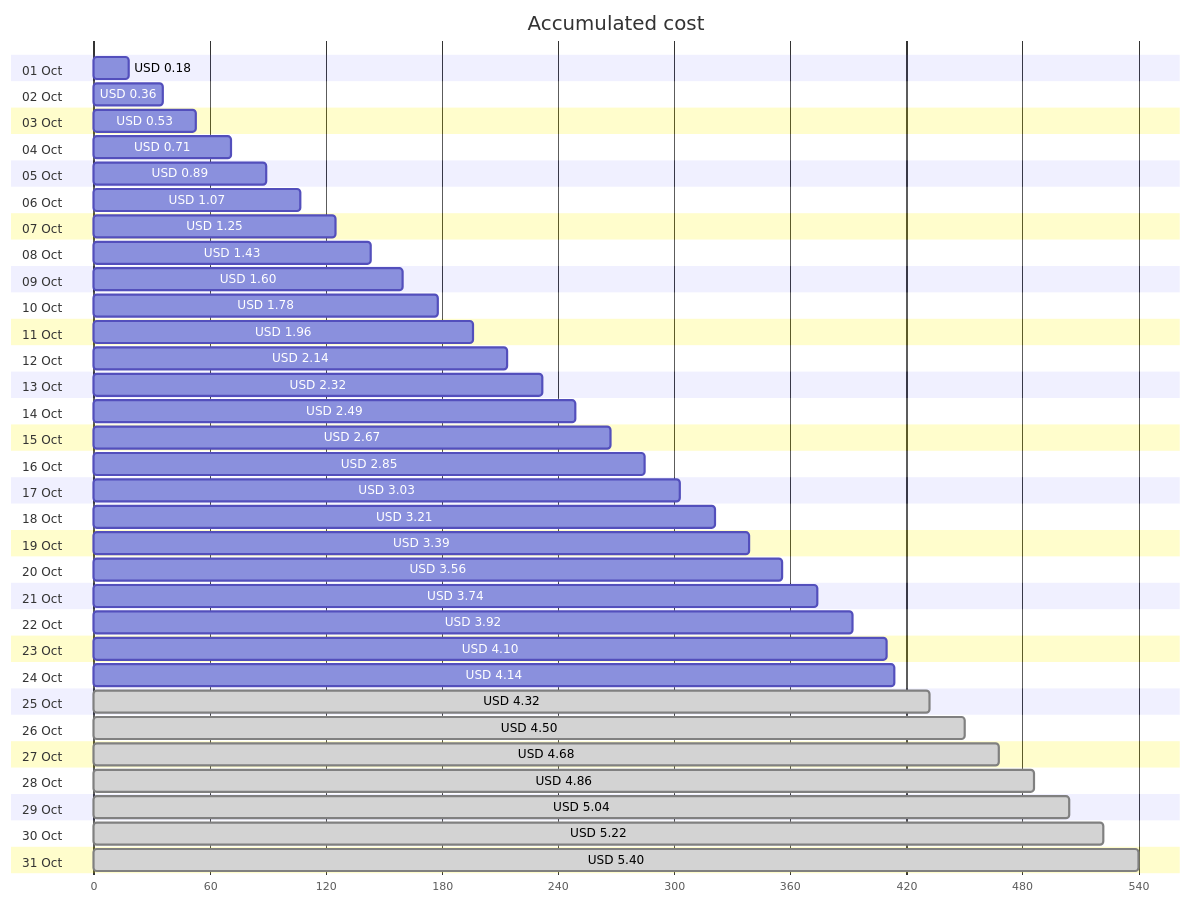
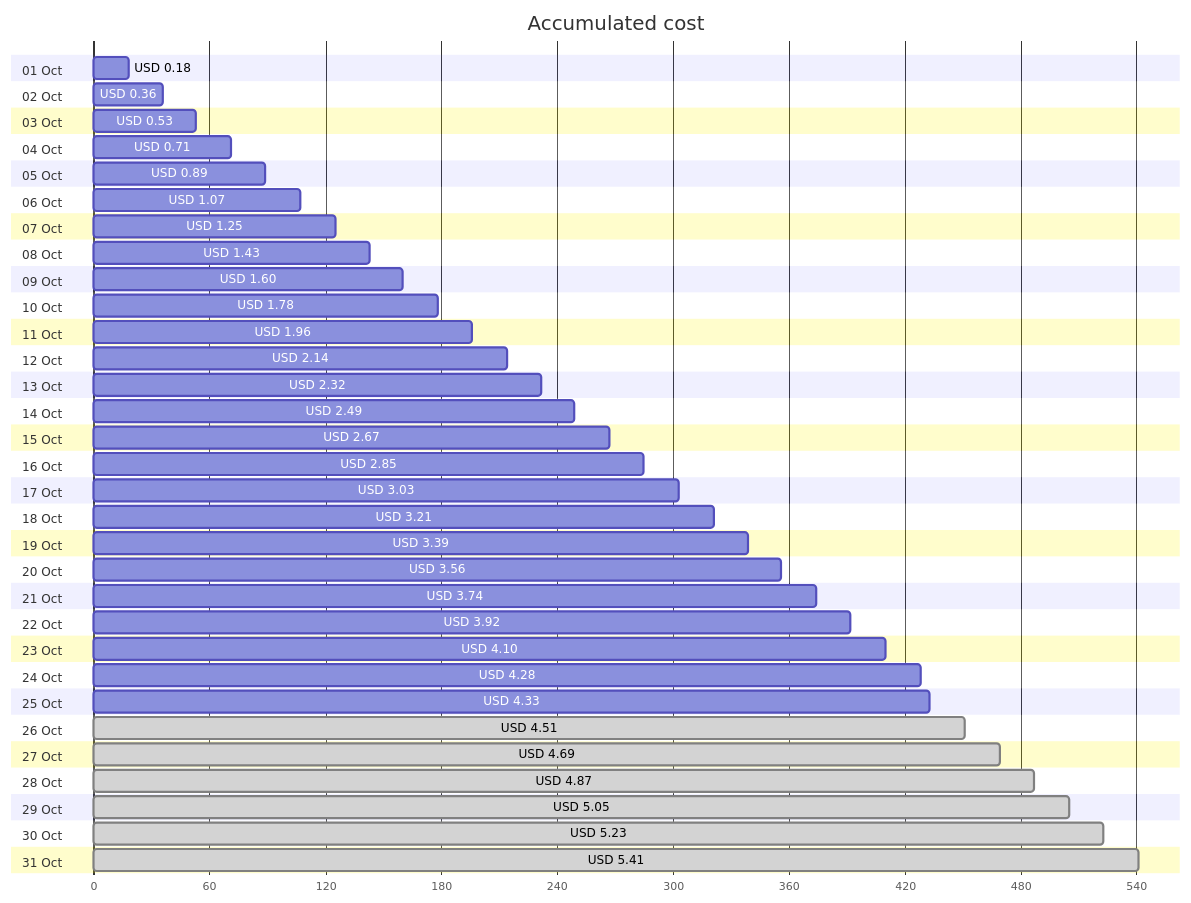
The first of 4 diagrams in cost-reports/personal-network/backup-server.md (jpfulton/azure-personal-reports), drawn with Mermaid before and after one commit. The commit also changed other lines of this file and 7 other files, not shown here.

````diff
--- a/cost-reports/personal-network/backup-server.md
+++ b/cost-reports/personal-network/backup-server.md
@@ -20,68 +20,68 @@
 ```mermaid
 gantt
    title Accumulated cost
    dateFormat  X
    axisFormat %s
    section 01 Oct
    USD 0.18 :0, 18
    section 02 Oct
    USD 0.36 :0, 36
    section 03 Oct
    USD 0.53 :0, 53
    section 04 Oct
    USD 0.71 :0, 71
    section 05 Oct
    USD 0.89 :0, 89
    section 06 Oct
    USD 1.07 :0, 107
    section 07 Oct
    USD 1.25 :0, 125
    section 08 Oct
    USD 1.43 :0, 143
    section 09 Oct
    USD 1.60 :0, 160
    section 10 Oct
    USD 1.78 :0, 178
    section 11 Oct
    USD 1.96 :0, 196
    section 12 Oct
    USD 2.14 :0, 214
    section 13 Oct
    USD 2.32 :0, 232
    section 14 Oct
    USD 2.49 :0, 249
    section 15 Oct
    USD 2.67 :0, 267
    section 16 Oct
    USD 2.85 :0, 285
    section 17 Oct
    USD 3.03 :0, 303
    section 18 Oct
    USD 3.21 :0, 321
    section 19 Oct
    USD 3.39 :0, 339
    section 20 Oct
    USD 3.56 :0, 356
    section 21 Oct
    USD 3.74 :0, 374
    section 22 Oct
    USD 3.92 :0, 392
    section 23 Oct
    USD 4.10 :0, 410
    section 24 Oct
-   USD 4.14 :0, 414
+   USD 4.28 :0, 428
    section 25 Oct
-   USD 4.32 : done, 0, 432
+   USD 4.33 :0, 433
    section 26 Oct
-   USD 4.50 : done, 0, 450
+   USD 4.51 : done, 0, 451
    section 27 Oct
-   USD 4.68 : done, 0, 468
+   USD 4.69 : done, 0, 469
    section 28 Oct
-   USD 4.86 : done, 0, 486
+   USD 4.87 : done, 0, 487
    section 29 Oct
-   USD 5.04 : done, 0, 504
+   USD 5.05 : done, 0, 505
    section 30 Oct
-   USD 5.22 : done, 0, 522
+   USD 5.23 : done, 0, 523
    section 31 Oct
-   USD 5.40 : done, 0, 540
+   USD 5.41 : done, 0, 541
 ```
````
